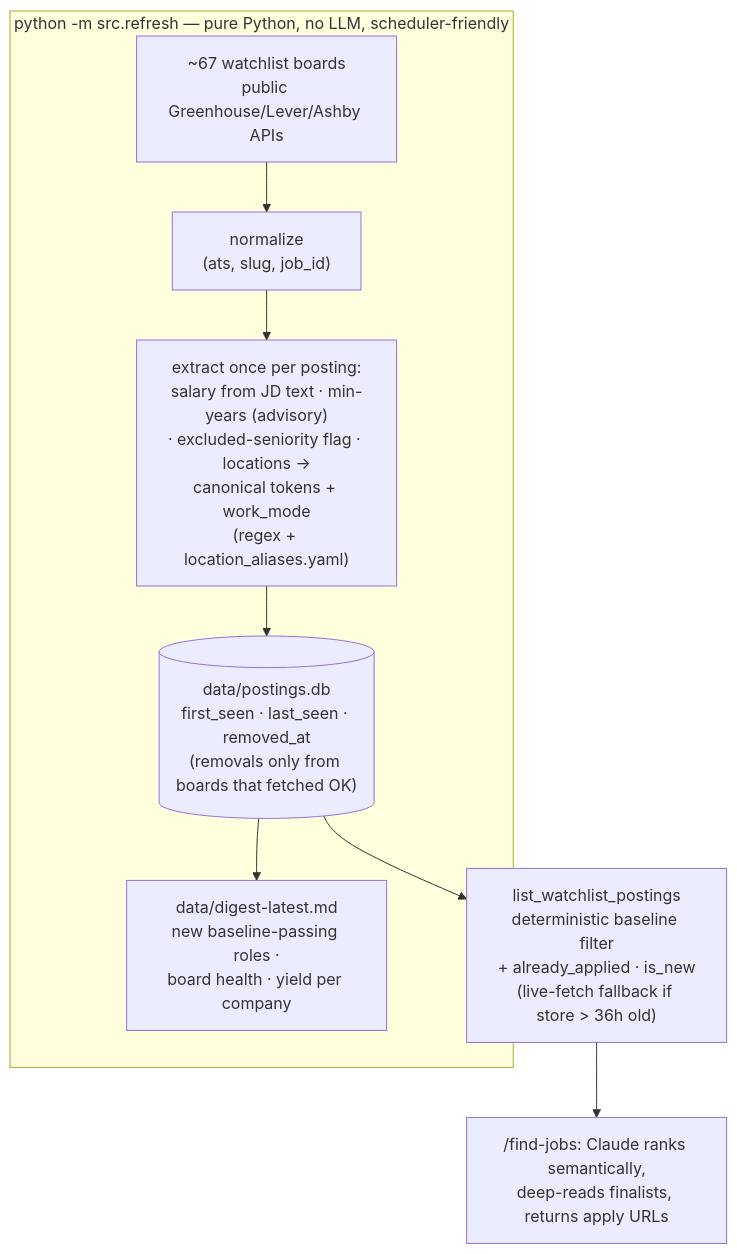
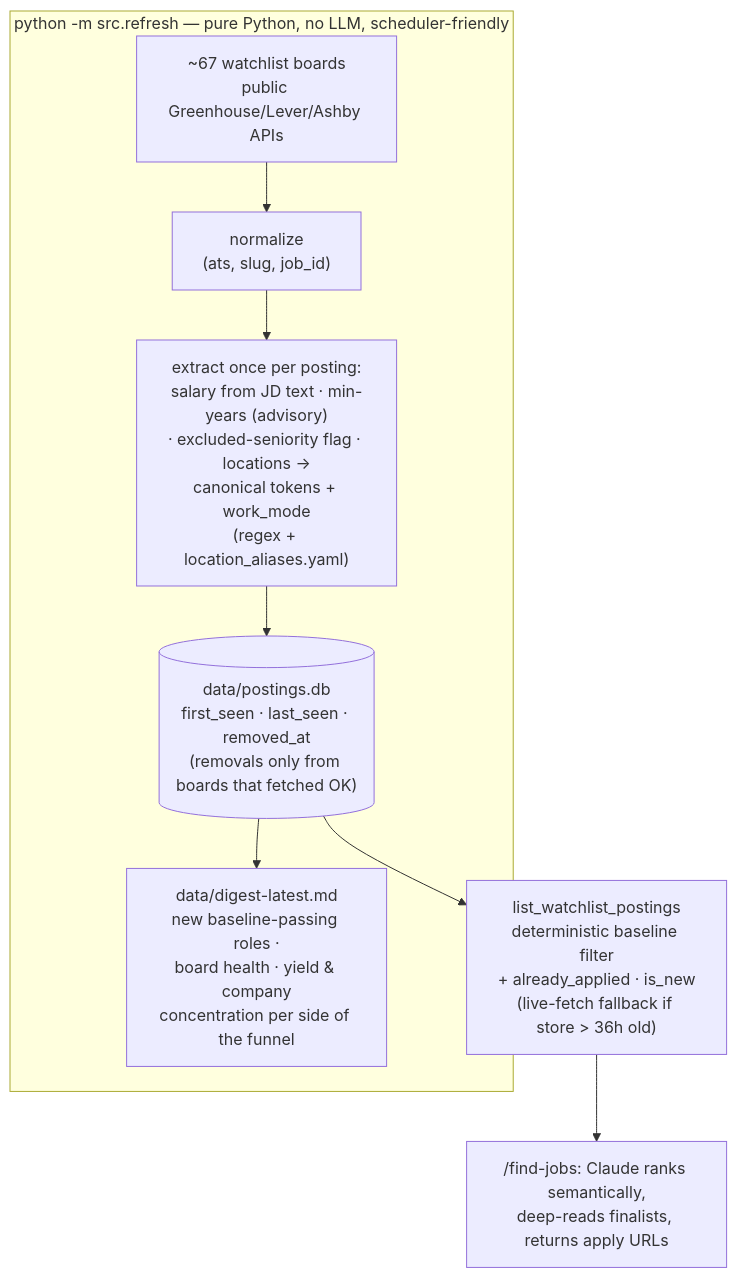
The first of 7 diagrams in README.md (sbhaskaran0/job-applier), drawn with Mermaid before and after one commit. The commit also changed other lines of this file and 2 other files, not shown here.

````diff
--- a/README.md
+++ b/README.md
@@ -67,11 +67,11 @@
 ```mermaid
 flowchart TD
     subgraph ING["python -m src.refresh — pure Python, no LLM, scheduler-friendly"]
         B["~67 watchlist boards<br/>public Greenhouse/Lever/Ashby APIs"] --> N["normalize<br/>(ats, slug, job_id)"]
         N --> X["extract once per posting:<br/>salary from JD text · min-years (advisory)<br/>· excluded-seniority flag · locations →<br/>canonical tokens + work_mode<br/>(regex + location_aliases.yaml)"]
         X --> DB[("data/postings.db<br/>first_seen · last_seen · removed_at<br/>(removals only from boards that fetched OK)")]
-        DB --> DG["data/digest-latest.md<br/>new baseline-passing roles ·<br/>board health · yield per company"]
+        DB --> DG["data/digest-latest.md<br/>new baseline-passing roles ·<br/>board health · yield & company<br/>concentration per side of the funnel"]
     end
     DB --> Q["list_watchlist_postings<br/>deterministic baseline filter<br/>+ already_applied · is_new<br/>(live-fetch fallback if store > 36h old)"]
     Q --> R["/find-jobs: Claude ranks semantically,<br/>deep-reads finalists, returns apply URLs"]
 ```
````
